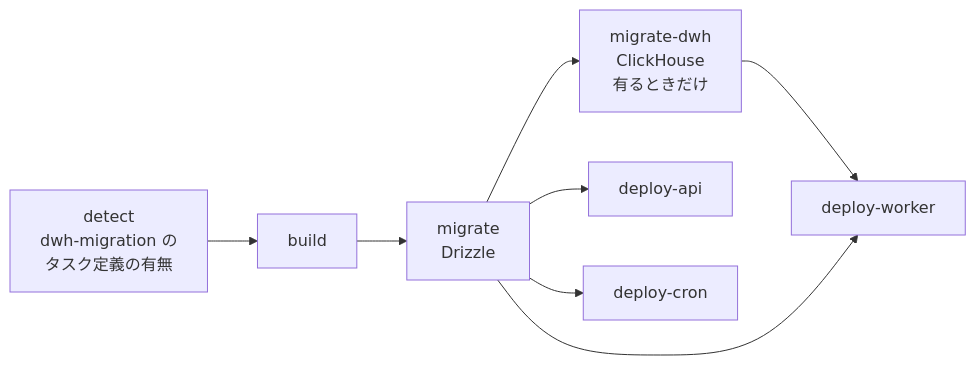
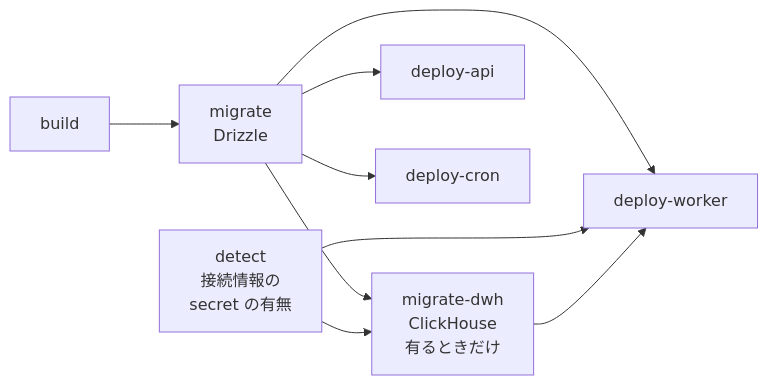
The third of 5 diagrams in docs/spec/clickhouse-migration/README.md (kentakki416/project-template), drawn with Mermaid before and after one commit. The commit also changed other lines of this file and 19 other files, not shown here.

````diff
--- a/docs/spec/clickhouse-migration/README.md
+++ b/docs/spec/clickhouse-migration/README.md
@@ -324,10 +345,11 @@
 ```mermaid
 flowchart LR
-    D[detect<br/>dwh-migration の<br/>タスク定義の有無] --> B[build]
-    B --> M[migrate<br/>Drizzle]
+    B[build] --> M[migrate<br/>Drizzle]
+    D[detect<br/>接続情報の<br/>secret の有無] --> MD
     M --> MD[migrate-dwh<br/>ClickHouse<br/>有るときだけ]
     M --> A[deploy-api]
     MD --> W[deploy-worker]
+    D --> W
     M --> W
     M --> C[deploy-cron]
 ```
````
